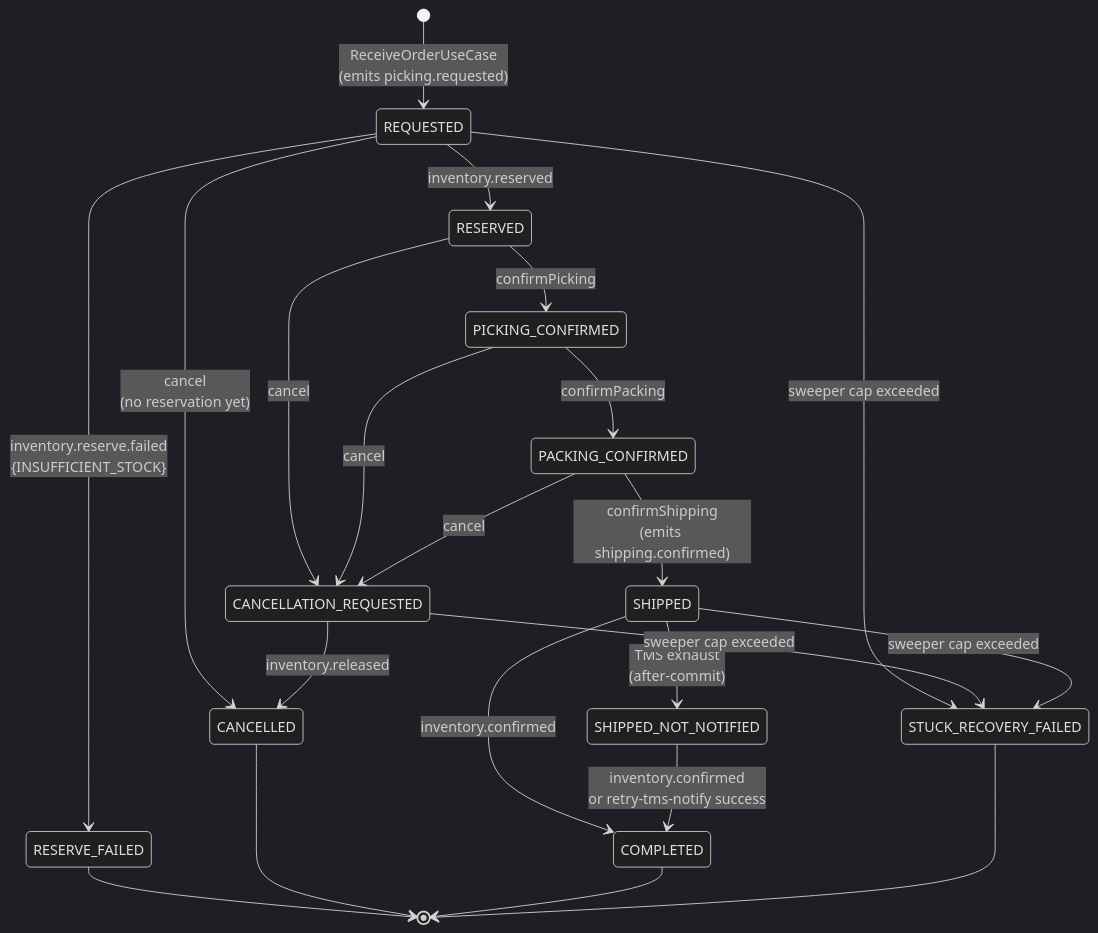
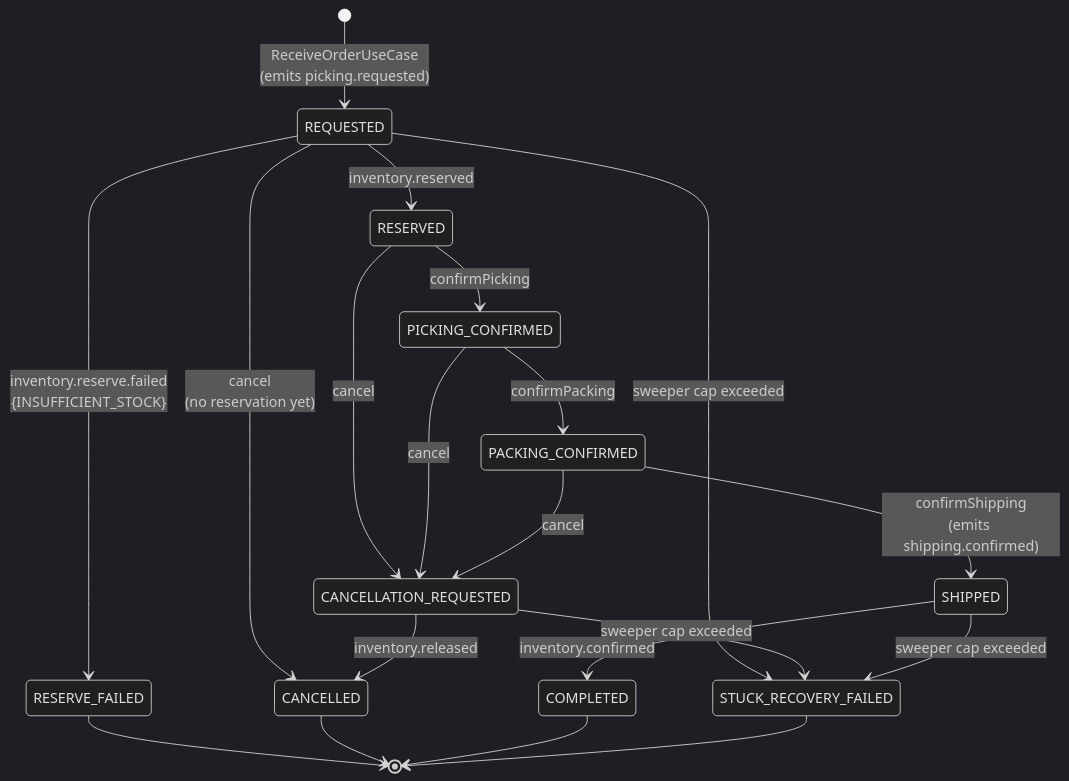
The diagram in projects/wms-platform/specs/services/outbound-service/state-machines/saga-status.md (kanggle/monorepo-lab), drawn with Mermaid (dark theme) before and after one commit. The commit also changed other lines of this file and 74 other files, not shown here.

````diff
--- a/projects/wms-platform/specs/services/outbound-service/state-machines/saga-status.md
+++ b/projects/wms-platform/specs/services/outbound-service/state-machines/saga-status.md
@@ -125,24 +116,22 @@
 ```mermaid
 stateDiagram-v2
     [*] --> REQUESTED : ReceiveOrderUseCase<br/>(emits picking.requested)
     REQUESTED --> RESERVED : inventory.reserved
     REQUESTED --> RESERVE_FAILED : inventory.reserve.failed<br/>{INSUFFICIENT_STOCK}
     REQUESTED --> CANCELLED : cancel<br/>(no reservation yet)
     RESERVED --> PICKING_CONFIRMED : confirmPicking
     RESERVED --> CANCELLATION_REQUESTED : cancel
     PICKING_CONFIRMED --> PACKING_CONFIRMED : confirmPacking
     PICKING_CONFIRMED --> CANCELLATION_REQUESTED : cancel
     PACKING_CONFIRMED --> SHIPPED : confirmShipping<br/>(emits shipping.confirmed)
     PACKING_CONFIRMED --> CANCELLATION_REQUESTED : cancel
     SHIPPED --> COMPLETED : inventory.confirmed
-    SHIPPED --> SHIPPED_NOT_NOTIFIED : TMS exhaust<br/>(after-commit)
-    SHIPPED_NOT_NOTIFIED --> COMPLETED : inventory.confirmed<br/>or retry-tms-notify success
     CANCELLATION_REQUESTED --> CANCELLED : inventory.released
     REQUESTED --> STUCK_RECOVERY_FAILED : sweeper cap exceeded
     CANCELLATION_REQUESTED --> STUCK_RECOVERY_FAILED : sweeper cap exceeded
     SHIPPED --> STUCK_RECOVERY_FAILED : sweeper cap exceeded
     RESERVE_FAILED --> [*]
     CANCELLED --> [*]
     COMPLETED --> [*]
     STUCK_RECOVERY_FAILED --> [*]
 ```
````
